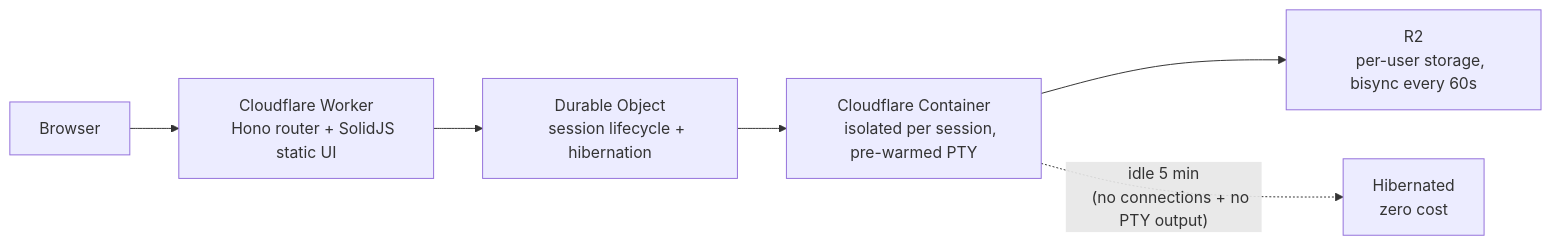
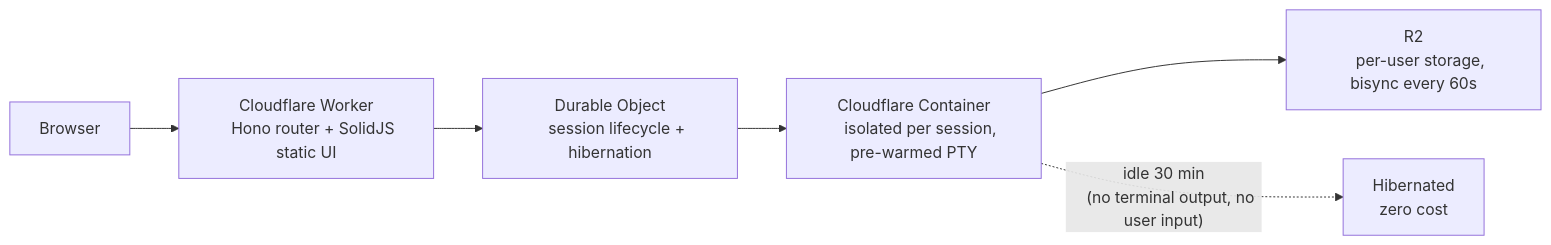
The diagram in README.md (nikolanovoselec/codeflare), drawn with Mermaid before and after one commit. The commit also changed 2 other files, not shown here.

Commit message:
Activity-based container idle detection (30 min timeout)
Remove WebSocket connection check from idle kill condition. Containers
now stay alive as long as there is terminal output or user input,
regardless of whether a browser tab is open. Idle timeout increased
from 5 to 30 minutes to support long-running autonomous agent sessions.

````diff
--- a/README.md
+++ b/README.md
@@ -96,14 +96,14 @@
 ```mermaid
 flowchart LR
     A[Browser] --> B["Cloudflare Worker
     Hono router + SolidJS static UI"]
     B --> C["Durable Object
     session lifecycle + hibernation"]
     C --> D["Cloudflare Container
     isolated per session, pre-warmed PTY"]
     D --> E["R2
     per-user storage, bisync every 60s"]
-    D -. "idle 5 min
-    (no connections + no PTY output)" .-> F["Hibernated
+    D -. "idle 30 min
+    (no terminal output, no user input)" .-> F["Hibernated
     zero cost"]
 ```
````
